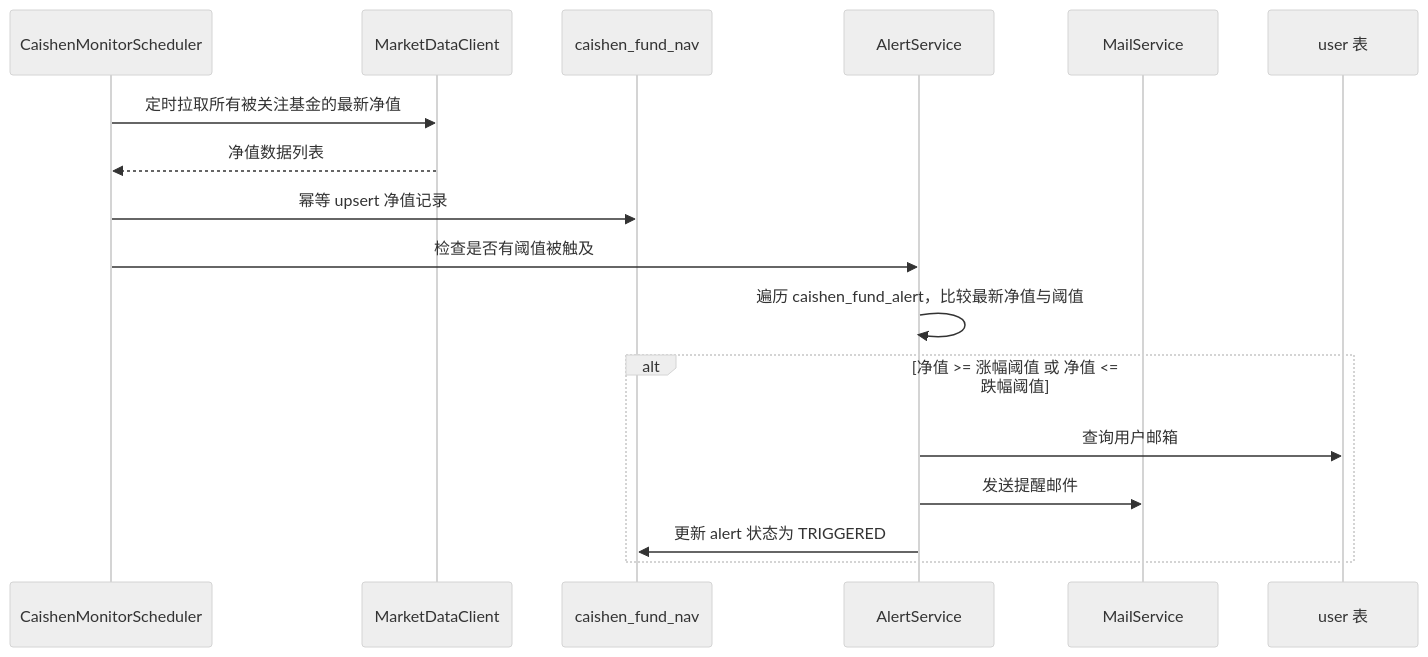
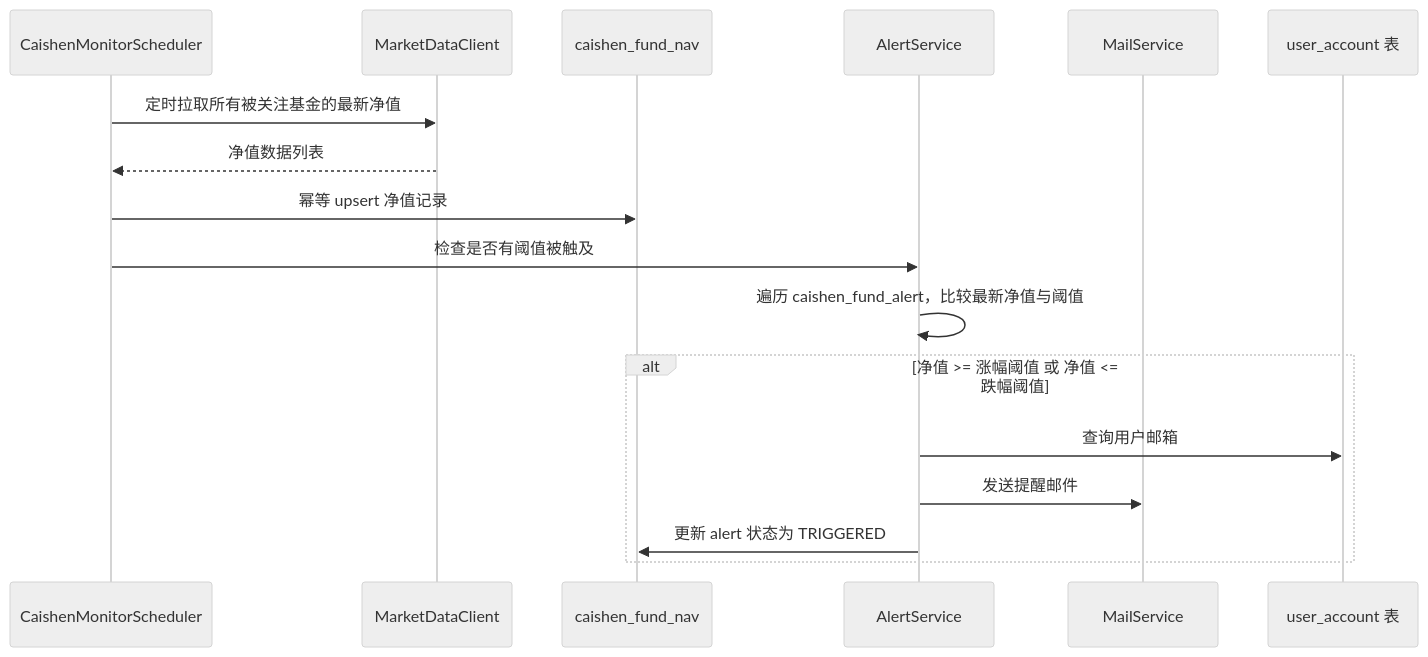
One commit to slnt23/Constellation changed the first of 3 diagrams in .docs/plans/caishen-v1-fund-monitor-plan.md. Above: the diagram before and after it, drawn with Mermaid (neutral theme). The commit also changed other lines of this file and 33 other files, not shown here.

````diff
--- a/.docs/plans/caishen-v1-fund-monitor-plan.md
+++ b/.docs/plans/caishen-v1-fund-monitor-plan.md
@@ -61,20 +61,20 @@
 ```mermaid
 sequenceDiagram
     participant Scheduler as CaishenMonitorScheduler
     participant Market as MarketDataClient
     participant DB as caishen_fund_nav
     participant Alert as AlertService
     participant Mail as MailService
-    participant User as user 表
+    participant User as user_account 表
 
     Scheduler->>Market: 定时拉取所有被关注基金的最新净值
     Market-->>Scheduler: 净值数据列表
     Scheduler->>DB: 幂等 upsert 净值记录
     Scheduler->>Alert: 检查是否有阈值被触及
     Alert->>Alert: 遍历 caishen_fund_alert，比较最新净值与阈值
     alt 净值 >= 涨幅阈值 或 净值 <= 跌幅阈值
         Alert->>User: 查询用户邮箱
         Alert->>Mail: 发送提醒邮件
         Alert->>DB: 更新 alert 状态为 TRIGGERED
     end
 ```
````
